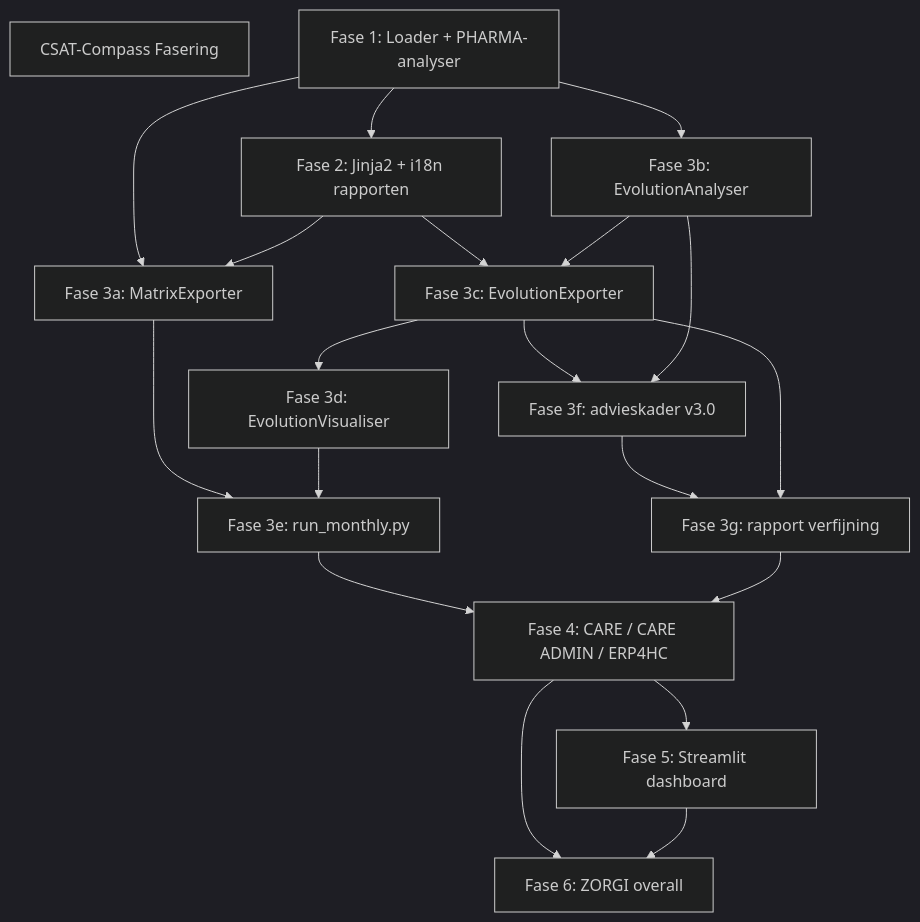
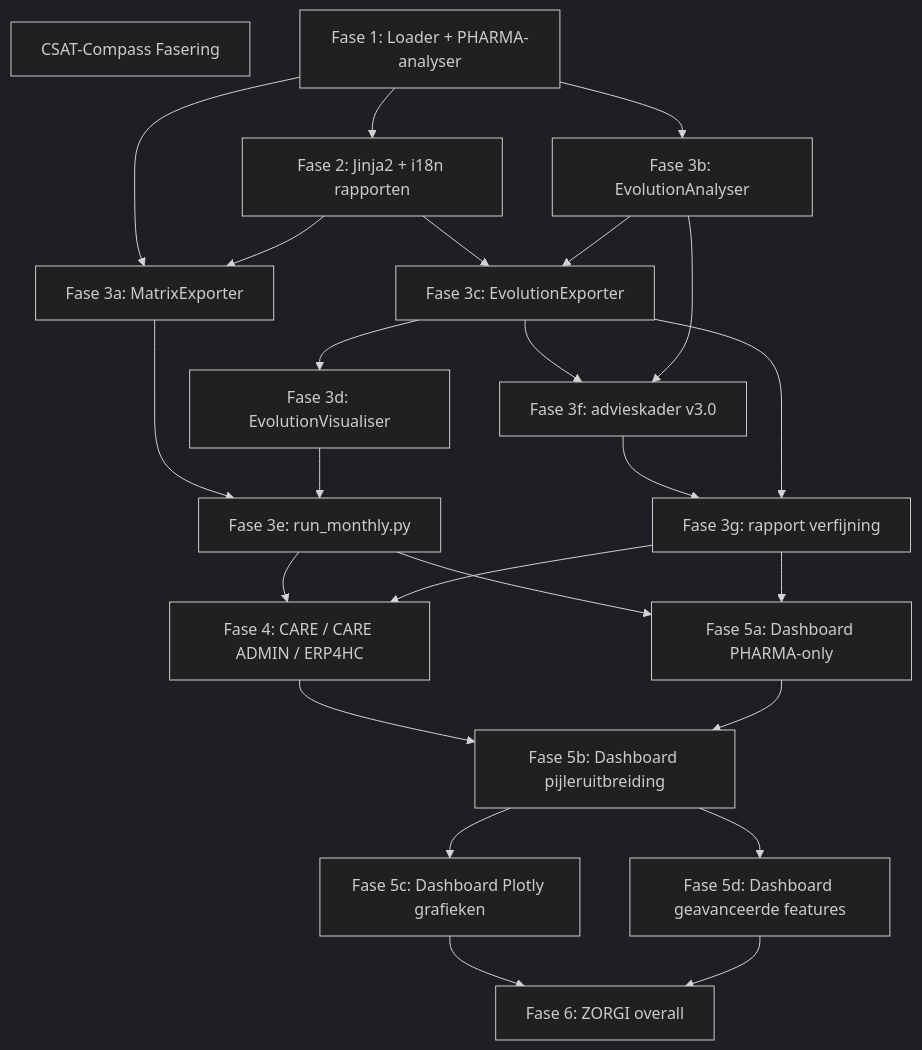
One commit to ZorgiDannyDepecker/CSAT-Compass changed the diagram in docs/02-tactisch/implementatie-gids.md. Above: the diagram before and after it, drawn with Mermaid (dark theme). The commit also changed other lines of this file and 7 other files, not shown here.

````diff
--- a/docs/02-tactisch/implementatie-gids.md
+++ b/docs/02-tactisch/implementatie-gids.md
@@ -80,35 +91,43 @@
 ```mermaid
 graph TD
     title[CSAT-Compass Fasering]
     F1[Fase 1: Loader + PHARMA-analyser]
     F2[Fase 2: Jinja2 + i18n rapporten]
     F3a[Fase 3a: MatrixExporter]
     F3b[Fase 3b: EvolutionAnalyser]
     F3c[Fase 3c: EvolutionExporter]
     F3d[Fase 3d: EvolutionVisualiser]
     F3e[Fase 3e: run_monthly.py]
     F3f[Fase 3f: advieskader v3.0]
     F3g[Fase 3g: rapport verfijning]
+    F5a[Fase 5a: Dashboard PHARMA-only]
     F4[Fase 4: CARE / CARE ADMIN / ERP4HC]
-    F5[Fase 5: Streamlit dashboard]
+    F5b[Fase 5b: Dashboard pijleruitbreiding]
+    F5c[Fase 5c: Dashboard Plotly grafieken]
+    F5d[Fase 5d: Dashboard geavanceerde features]
     F6[Fase 6: ZORGI overall]
 
     F1 --> F2
     F1 --> F3a
     F2 --> F3a
     F1 --> F3b
     F2 --> F3c
     F3b --> F3c
     F3c --> F3d
     F3a --> F3e
     F3d --> F3e
     F3c --> F3f
     F3b --> F3f
     F3f --> F3g
     F3c --> F3g
+    F3e --> F5a
+    F3g --> F5a
     F3e --> F4
     F3g --> F4
-    F4 --> F5
-    F4 --> F6
-    F5 --> F6
+    F4 --> F5b
+    F5a --> F5b
+    F5b --> F5c
+    F5b --> F5d
+    F5c --> F6
+    F5d --> F6
 ```
````
